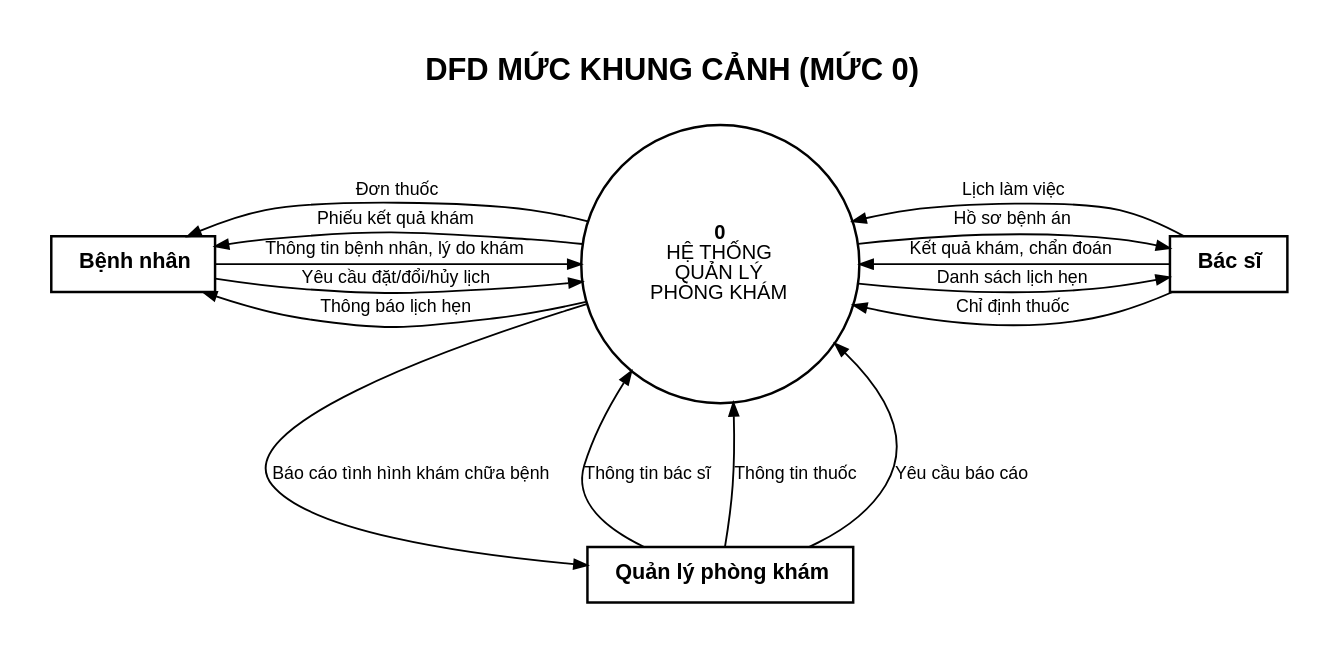
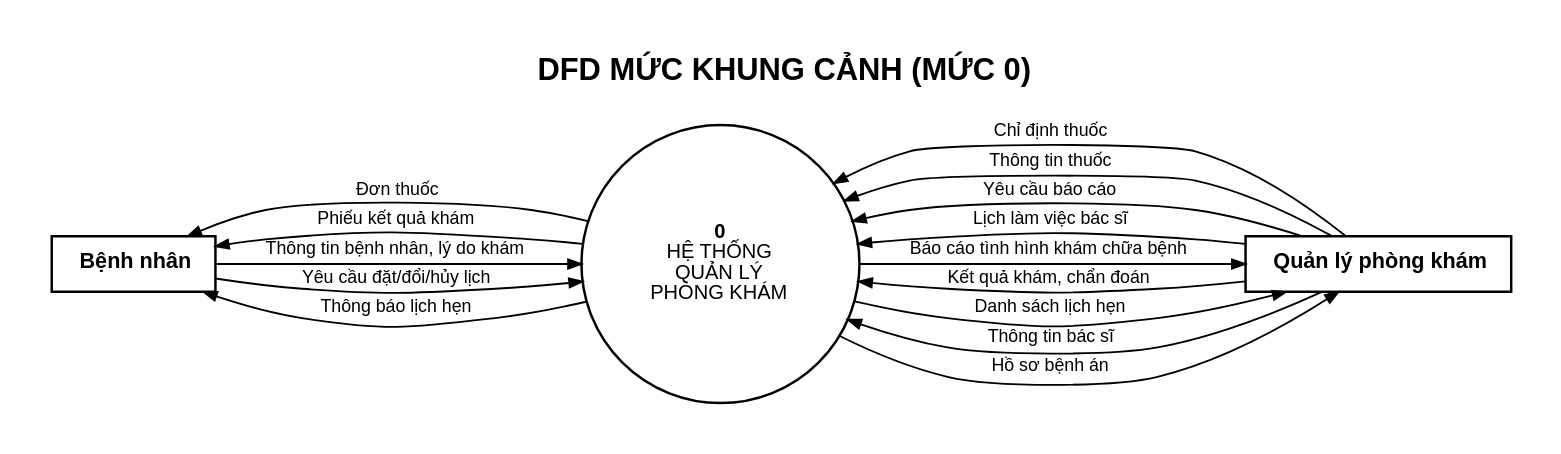
Before and after one commit to DamDucThinh/quan-ly-phong-kham: the diagram in nguon/02-DFD-muc-0-khung-canh.gv, drawn with Graphviz. The commit also changed 147 other files, not shown here.

```diff
--- a/nguon/02-DFD-muc-0-khung-canh.gv
+++ b/nguon/02-DFD-muc-0-khung-canh.gv
@@ -1,24 +1,23 @@
 digraph G {
   graph [fontname="Arial", bgcolor="white", pad=0.35, labelloc=t, fontsize=20, label=<<B>DFD MỨC KHUNG CẢNH (MỨC 0)</B><BR/> >, rankdir=TB, nodesep=0.9, ranksep=1.1];
   node [fontname="Arial", color="black"];
   edge [fontname="Arial", fontsize=11.5, arrowsize=0.85, penwidth=1.2];
   BN [shape=box, style="filled,bold", fillcolor="#ffffff", penwidth=1.6, margin="0.25,0.14", fontsize=14, label=<<B>Bệnh nhân</B>>];
-  BS [shape=box, style="filled,bold", fillcolor="#ffffff", penwidth=1.6, margin="0.25,0.14", fontsize=14, label=<<B>Bác sĩ</B>>];
   QL [shape=box, style="filled,bold", fillcolor="#ffffff", penwidth=1.6, margin="0.25,0.14", fontsize=14, label=<<B>Quản lý phòng khám</B>>];
   HT [shape=circle, fixedsize=true, width=2.5, penwidth=1.6, fontsize=13, label=<<B>0</B><BR/>HỆ THỐNG<BR/>QUẢN LÝ<BR/>PHÒNG KHÁM>];
-  {rank=same; BN; HT; BS;}
+  {rank=same; BN; HT; QL;}
   BN -> HT [label=<Yêu cầu đặt/đổi/hủy lịch>];
   BN -> HT [label=<Thông tin bệnh nhân, lý do khám>];
   HT -> BN [label=<Thông báo lịch hẹn>];
   HT -> BN [label=<Phiếu kết quả khám>];
   HT -> BN [label=<Đơn thuốc>];
-  BS -> HT [label=<Lịch làm việc>];
-  BS -> HT [label=<Kết quả khám, chẩn đoán>];
-  BS -> HT [label=<Chỉ định thuốc>];
-  HT -> BS [label=<Danh sách lịch hẹn>];
-  HT -> BS [label=<Hồ sơ bệnh án>];
   QL -> HT [label=<Thông tin bác sĩ>];
+  QL -> HT [label=<Lịch làm việc bác sĩ>];
   QL -> HT [label=<Thông tin thuốc>];
+  QL -> HT [label=<Kết quả khám, chẩn đoán>];
+  QL -> HT [label=<Chỉ định thuốc>];
   QL -> HT [label=<Yêu cầu báo cáo>];
+  HT -> QL [label=<Danh sách lịch hẹn>];
+  HT -> QL [label=<Hồ sơ bệnh án>];
   HT -> QL [label=<Báo cáo tình hình khám chữa bệnh>];
 }
```
